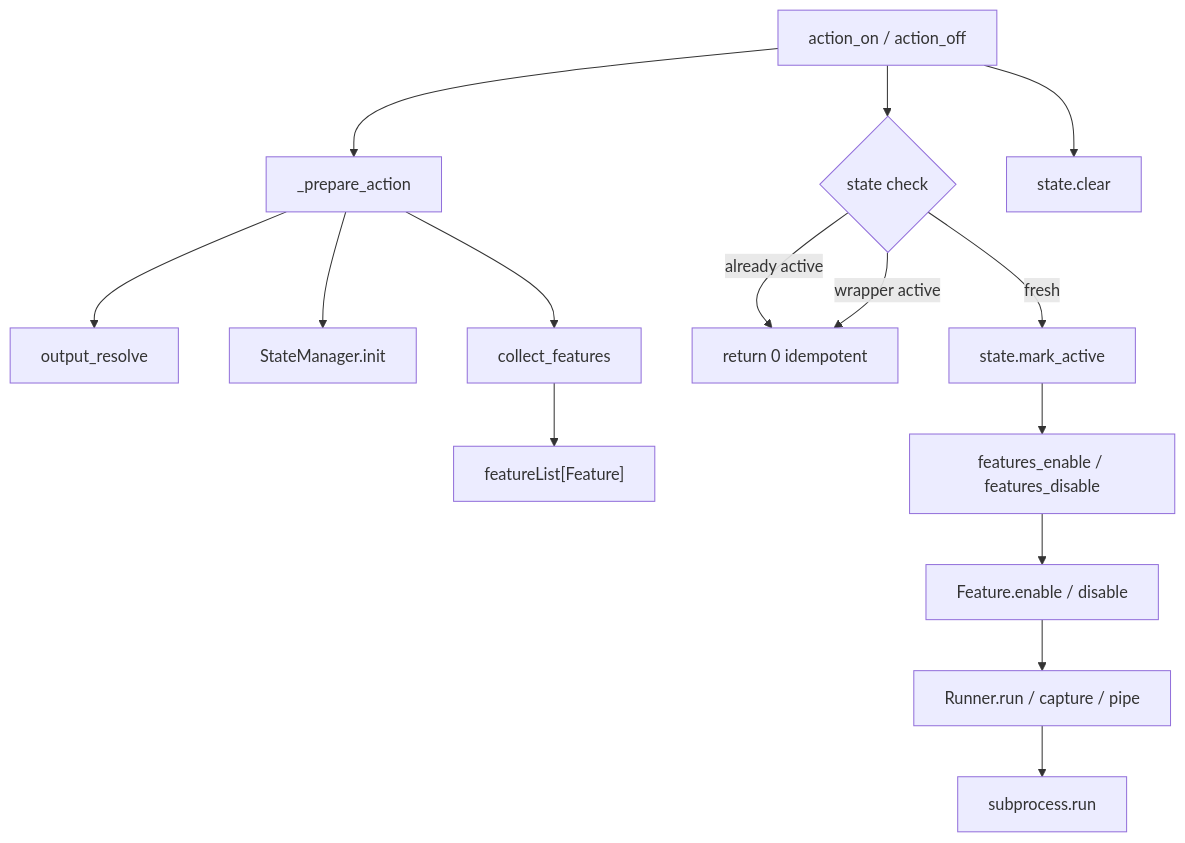
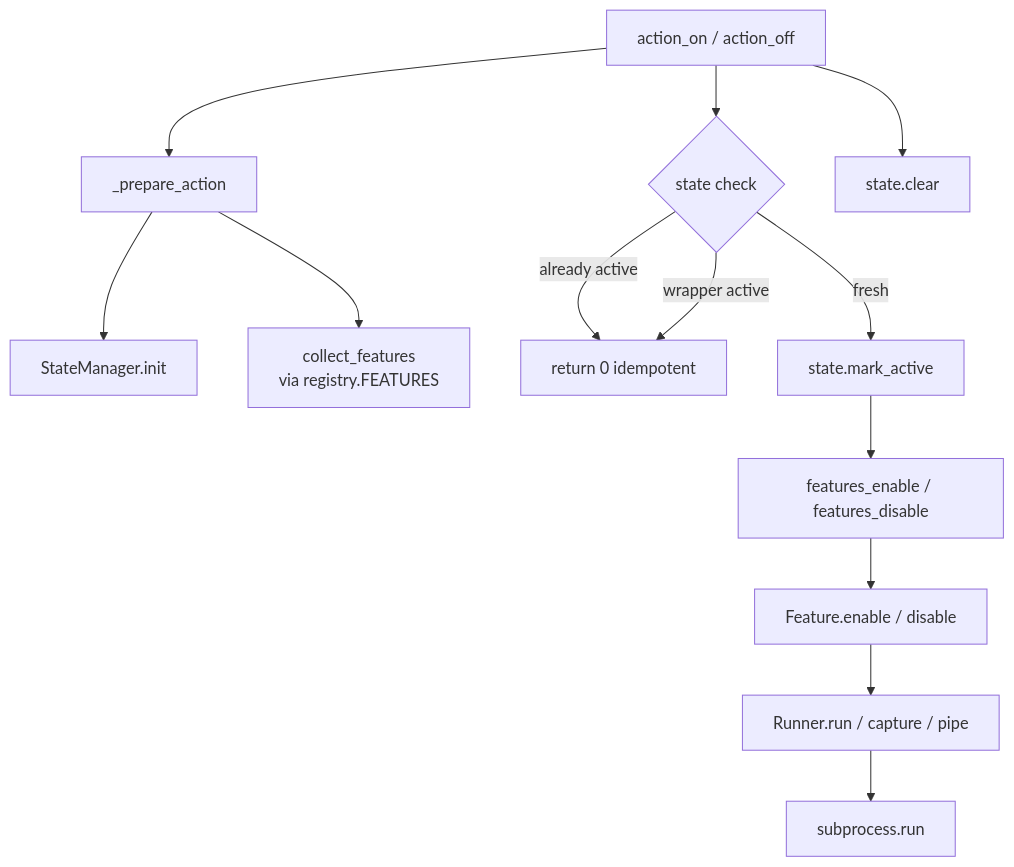
The third of 6 diagrams in DESIGN.md (WombatFromHell/beryl-gamemode), drawn with Mermaid before and after one commit. The commit also changed other lines of this file and 28 other files, not shown here.

````diff
--- a/DESIGN.md
+++ b/DESIGN.md
@@ -204,17 +234,15 @@
 ```mermaid
 graph TD
     A[action_on / action_off] --> B[_prepare_action]
-    B --> C[output_resolve]
-    B --> D["StateManager.init"]
-    B --> E[collect_features]
-    E --> F["featureList[Feature]"]
+    B --> C["StateManager.init"]
+    B --> D[collect_features<br/>via registry.FEATURES]
     A --> G{state check}
     G -->|already active| H[return 0 idempotent]
     G -->|wrapper active| H
     G -->|fresh| I["state.mark_active"]
     I --> J[features_enable / features_disable]
     J --> K["Feature.enable / disable"]
     K --> L["Runner.run / capture / pipe"]
     L --> M["subprocess.run"]
     A --> N["state.clear"]
 ```
````
